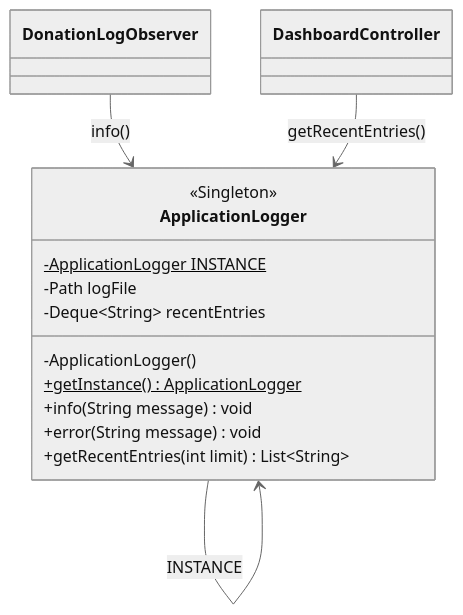
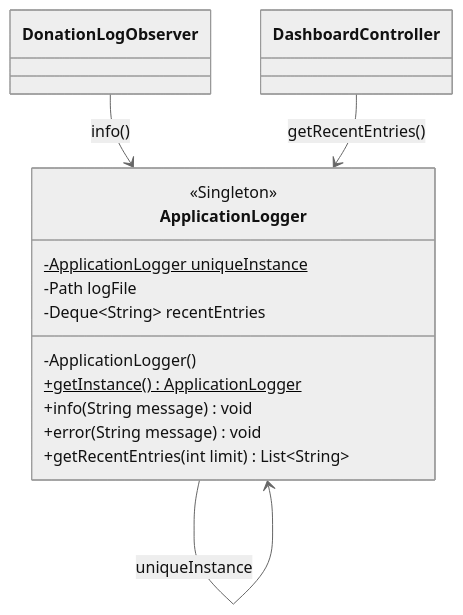
One commit to Abdallah1707/Ripple changed the sixth of 7 diagrams in docs/class-diagram.md. Above: the diagram before and after it, drawn with Mermaid (neutral theme). The commit also changed other lines of this file and 37 other files, not shown here.

````diff
--- a/docs/class-diagram.md
+++ b/docs/class-diagram.md
@@ -1137,19 +1202,19 @@
 ```mermaid
 classDiagram
 class ApplicationLogger {
     <<Singleton>>
-    -ApplicationLogger INSTANCE$
+    -ApplicationLogger uniqueInstance$
     -Path logFile
     -Deque~String~ recentEntries
     -ApplicationLogger()
     +getInstance()$ ApplicationLogger
     +info(String message) void
     +error(String message) void
     +getRecentEntries(int limit) List~String~
 }
 class DonationLogObserver
 class DashboardController
-ApplicationLogger --> ApplicationLogger : INSTANCE
+ApplicationLogger --> ApplicationLogger : uniqueInstance
 DonationLogObserver --> ApplicationLogger : info()
 DashboardController --> ApplicationLogger : getRecentEntries()
 ```
````
